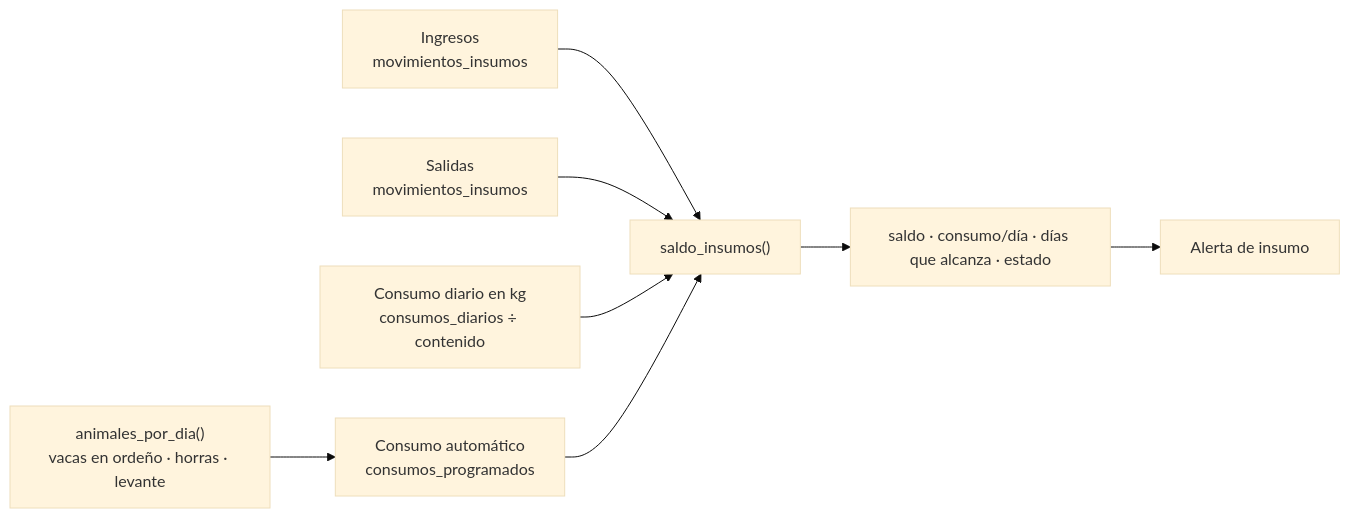
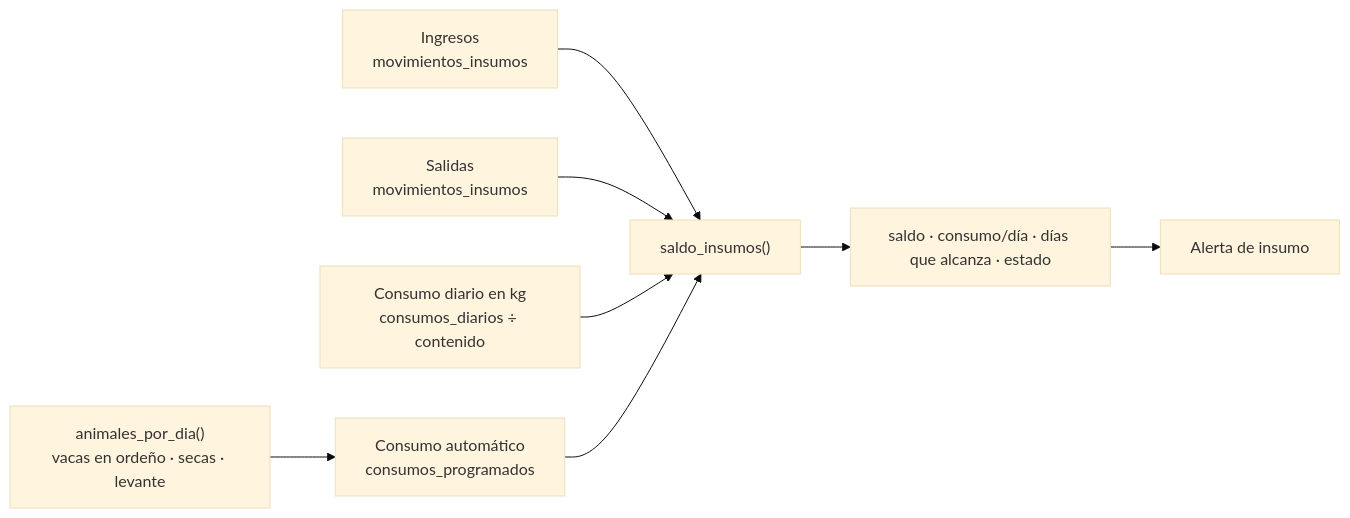
Before and after one commit to davideliaspalacio/vacInfo: the seventh of 12 diagrams in README.md, drawn with Mermaid (base theme). The commit also changed other lines of this file and 53 other files, not shown here.

````diff
--- a/README.md
+++ b/README.md
@@ -351,10 +351,10 @@
 ```mermaid
 flowchart LR
     ING["Ingresos<br/>movimientos_insumos"] --> S["saldo_insumos()"]
     SAL["Salidas<br/>movimientos_insumos"] --> S
     CD["Consumo diario en kg<br/>consumos_diarios ÷ contenido"] --> S
     CP["Consumo automático<br/>consumos_programados"] --> S
-    AD["animales_por_dia()<br/>vacas en ordeño · horras · levante"] --> CP
+    AD["animales_por_dia()<br/>vacas en ordeño · secas · levante"] --> CP
     S --> R["saldo · consumo/día · días que alcanza · estado"]
     R --> AL["Alerta de insumo"]
 ```
````
